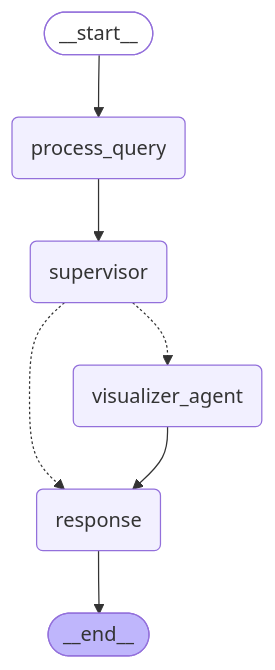
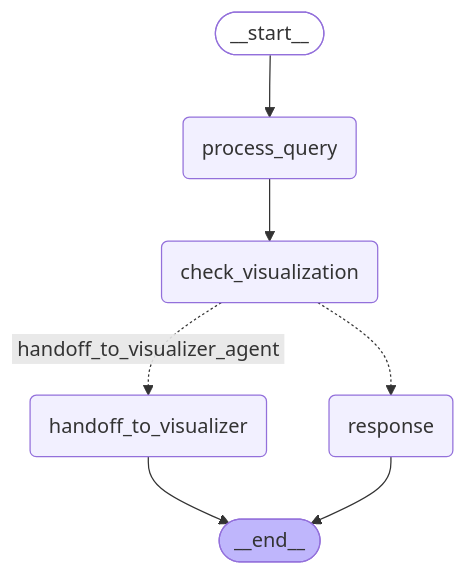
One commit to factly/gopie changed the diagram in chat-server/app/workflow/graph/graph_mermaid/single_dataset_graph.mmd. Above: the diagram before and after it, drawn with Mermaid. The commit also changed 6 other files, not shown here.

```diff
--- a/chat-server/app/workflow/graph/graph_mermaid/single_dataset_graph.mmd
+++ b/chat-server/app/workflow/graph/graph_mermaid/single_dataset_graph.mmd
@@ -1,21 +1,21 @@
 ---
 config:
   flowchart:
     curve: basis
 ---
 graph TD;
 	__start__([<p>__start__</p>]):::first
 	process_query(process_query)
-	supervisor(supervisor)
+	check_visualization(check_visualization)
+	handoff_to_visualizer(handoff_to_visualizer)
 	response(response)
-	visualizer_agent(visualizer_agent)
 	__end__([<p>__end__</p>]):::last
 	__start__ --> process_query;
-	process_query --> supervisor;
-	supervisor -.-> response;
-	supervisor -.-> visualizer_agent;
-	visualizer_agent --> response;
+	check_visualization -. &nbsp;handoff_to_visualizer_agent&nbsp; .-> handoff_to_visualizer;
+	check_visualization -.-> response;
+	process_query --> check_visualization;
+	handoff_to_visualizer --> __end__;
 	response --> __end__;
 	classDef default fill:#f2f0ff,line-height:1.2
 	classDef first fill-opacity:0
 	classDef last fill:#bfb6fc
```
